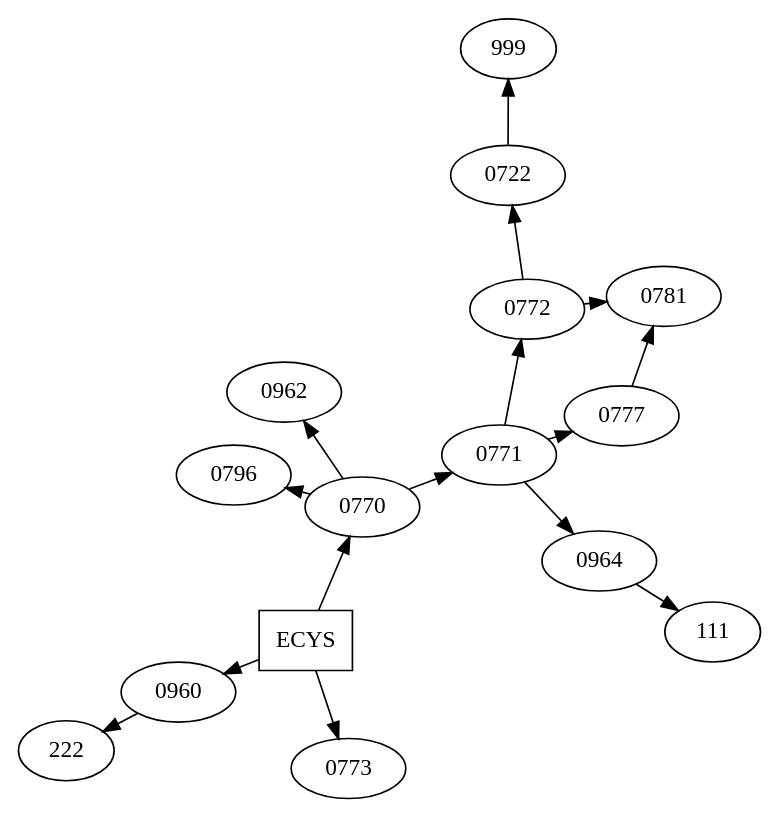
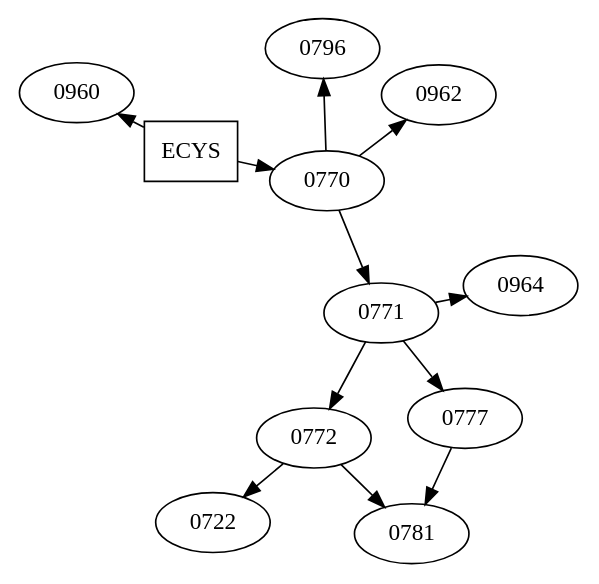
The diagram in Backend/Reportes/Grafo.dot (riverroman/EDD_VD2S2023_PY_F2_202100096), drawn with Graphviz before and after one commit. The commit also changed 17 other files, not shown here.

```diff
--- a/Backend/Reportes/Grafo.dot
+++ b/Backend/Reportes/Grafo.dot
@@ -1,44 +1,34 @@
 digraph grafoDirigido{ 
  rankdir=LR; 
  node [shape=box]; layout=neato; 
  nodoECYS[label="ECYS"]; 
 node [shape = ellipse]; 
 nodo0770[label="0770" ]; 
 nodo0771[label="0771" ]; 
 nodo0796[label="0796" ]; 
 nodo0962[label="0962" ]; 
 nodo0960[label="0960" ]; 
-nodo222[label="222" ]; 
-nodo0773[label="0773" ]; 
 nodo0771[label="0771" ]; 
 nodo0772[label="0772" ]; 
 nodo0964[label="0964" ]; 
 nodo0777[label="0777" ]; 
 nodo0771[label="0771" ]; 
 nodo0772[label="0772" ]; 
 nodo0722[label="0722" ]; 
 nodo0781[label="0781" ]; 
 nodo0772[label="0772" ]; 
 nodo0777[label="0777" ]; 
 nodo0781[label="0781" ]; 
-nodo0964[label="0964" ]; 
-nodo111[label="111" ]; 
-nodo0722[label="0722" ]; 
-nodo999[label="999" ]; 
 nodoECYS -> nodo0770[len=1.00]; 
 nodoECYS -> nodo0960[len=1.00]; 
-nodoECYS -> nodo0773[len=1.00]; 
 nodo0770 -> nodo0771[len=1.00]; 
 nodo0770 -> nodo0796[len=1.00]; 
 nodo0770 -> nodo0962[len=1.00]; 
-nodo0960 -> nodo222[len=1.00]; 
 nodo0771 -> nodo0772[len=1.00]; 
 nodo0771 -> nodo0964[len=1.00]; 
 nodo0771 -> nodo0777[len=1.00]; 
 nodo0772 -> nodo0722[len=1.00]; 
 nodo0772 -> nodo0781[len=1.00]; 
 nodo0777 -> nodo0781[len=1.00]; 
-nodo0964 -> nodo111[len=1.00]; 
-nodo0722 -> nodo999[len=1.00]; 
 
 }
```
